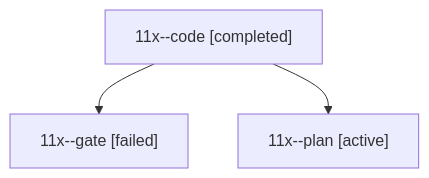
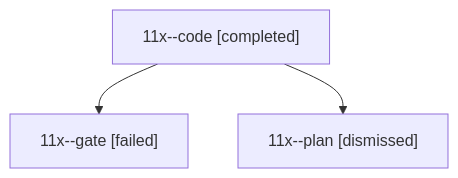
The diagram in sessions/bbugyi200.athena.11x.md (bobs-org/bob-cli--agents), drawn with Mermaid before and after one commit. The commit also changed other lines of this file and 17 other files, not shown here.

````diff
--- a/sessions/bbugyi200.athena.11x.md
+++ b/sessions/bbugyi200.athena.11x.md
@@ -9,8 +9,8 @@
 ```mermaid
 flowchart TD
   n0["11x--code [completed]"]
   n1["11x--gate [failed]"]
   n0 --> n1
-  n2["11x--plan [active]"]
+  n2["11x--plan [dismissed]"]
   n0 --> n2
 ```
````
